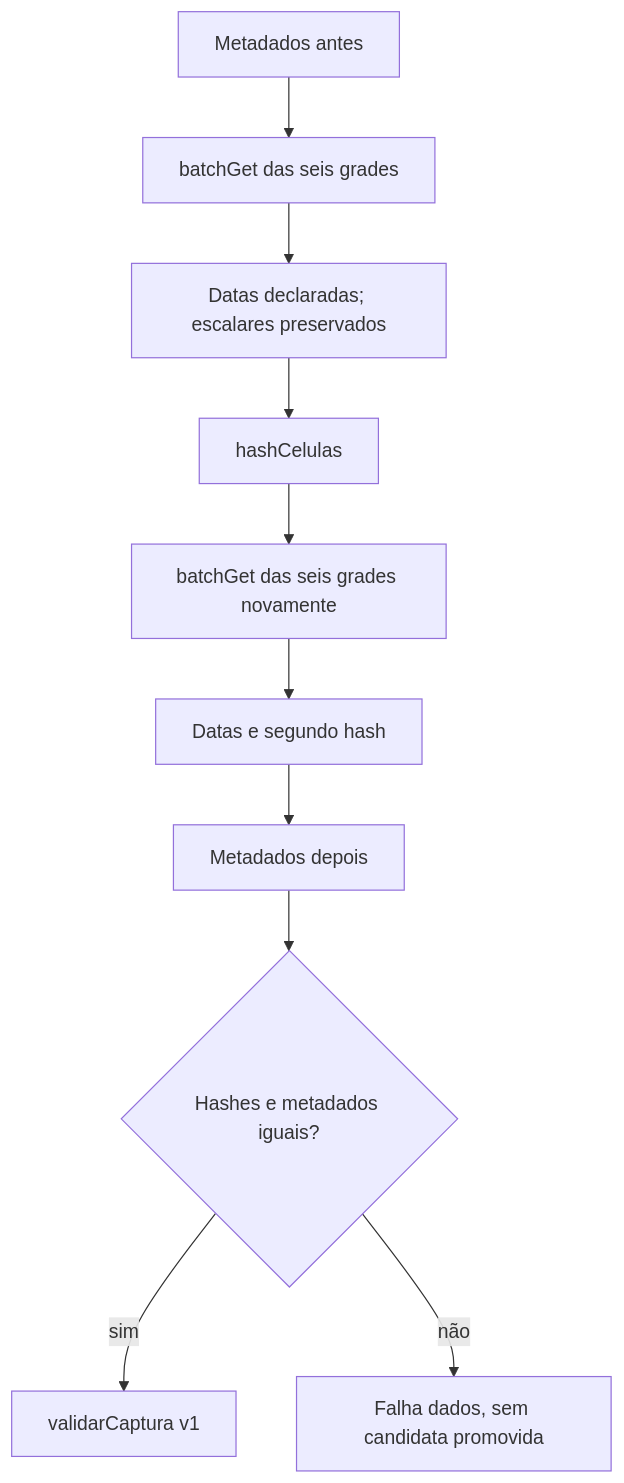
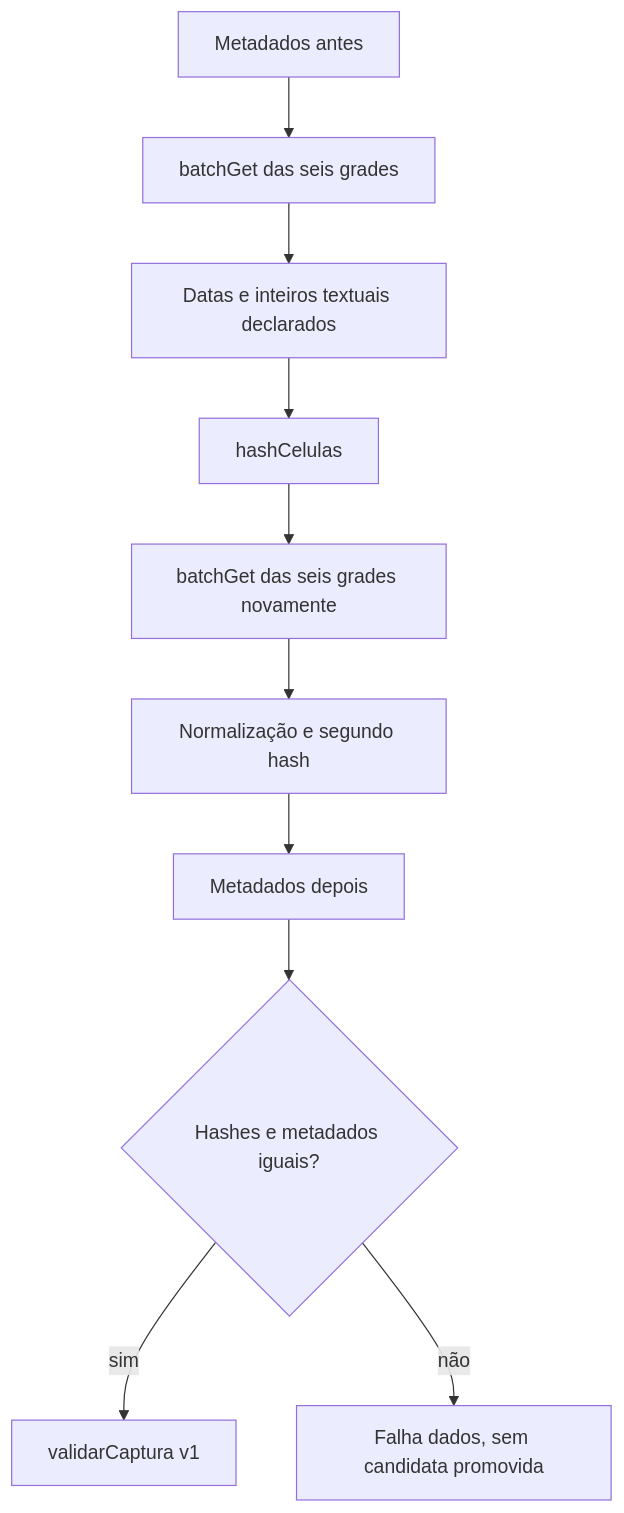
Before and after one commit to Browsher/crm-social: the diagram in docs/modules/coleta.md, drawn with Mermaid. The commit also changed other lines of this file and 15 other files, not shown here.

````diff
--- a/docs/modules/coleta.md
+++ b/docs/modules/coleta.md
@@ -7,12 +7,12 @@
 ```mermaid
 flowchart TD
   Antes[Metadados antes] --> Primeira[batchGet das seis grades]
-  Primeira --> Tipos[Datas declaradas; escalares preservados]
+  Primeira --> Tipos[Datas e inteiros textuais declarados]
   Tipos --> Hash1[hashCelulas]
   Hash1 --> Segunda[batchGet das seis grades novamente]
-  Segunda --> Hash2[Datas e segundo hash]
+  Segunda --> Hash2[Normalização e segundo hash]
   Hash2 --> Depois[Metadados depois]
   Depois --> Iguais{Hashes e metadados iguais?}
   Iguais -->|sim| Validador[validarCaptura v1]
   Iguais -->|não| Recusar[Falha dados, sem candidata promovida]
 ```
````
